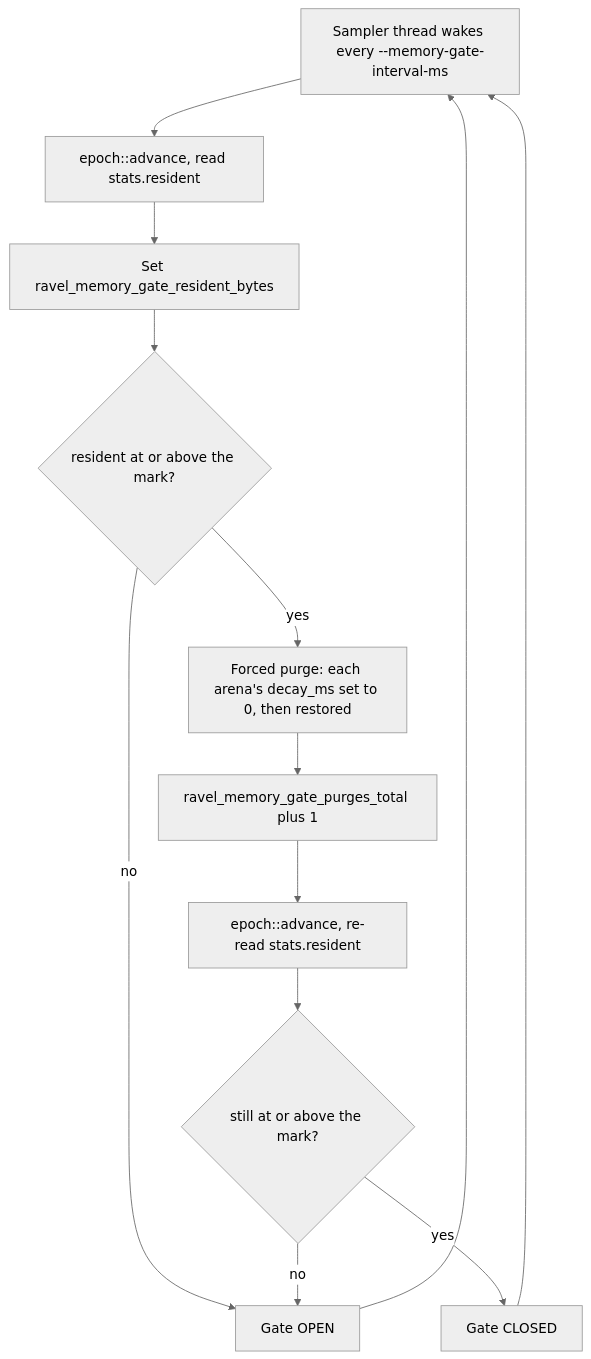
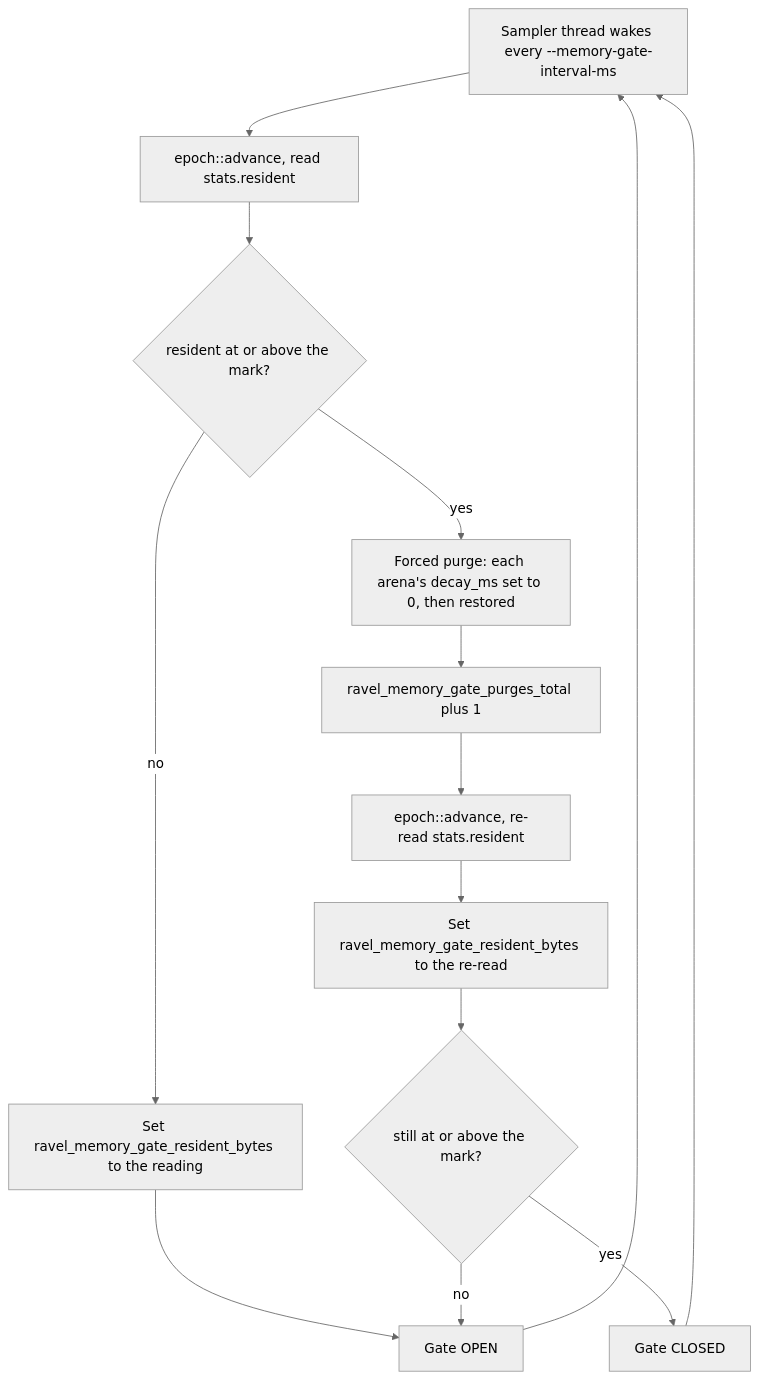
The first of 2 diagrams in docs/adrs/2633-resident-aware-memory-admission.md (NOFireAI/ravel), drawn with Mermaid (neutral theme) before and after one commit. The commit also changed other lines of this file, not shown here.

````diff
--- a/docs/adrs/2633-resident-aware-memory-admission.md
+++ b/docs/adrs/2633-resident-aware-memory-admission.md
@@ -141,15 +141,16 @@
 ```mermaid
 flowchart TD
     S["Sampler thread wakes every --memory-gate-interval-ms"] --> E["epoch::advance, read stats.resident"]
-    E --> G["Set ravel_memory_gate_resident_bytes"]
-    G --> C{"resident at or above the mark?"}
-    C -- no --> O["Gate OPEN"]
+    E --> C{"resident at or above the mark?"}
+    C -- no --> G["Set ravel_memory_gate_resident_bytes to the reading"]
+    G --> O["Gate OPEN"]
     C -- yes --> P["Forced purge: each arena's decay_ms set to 0, then restored"]
     P --> PC["ravel_memory_gate_purges_total plus 1"]
     PC --> R["epoch::advance, re-read stats.resident"]
-    R --> C2{"still at or above the mark?"}
+    R --> G2["Set ravel_memory_gate_resident_bytes to the re-read"]
+    G2 --> C2{"still at or above the mark?"}
     C2 -- no --> O
     C2 -- yes --> X["Gate CLOSED"]
     O --> S
     X --> S
 ```
````
